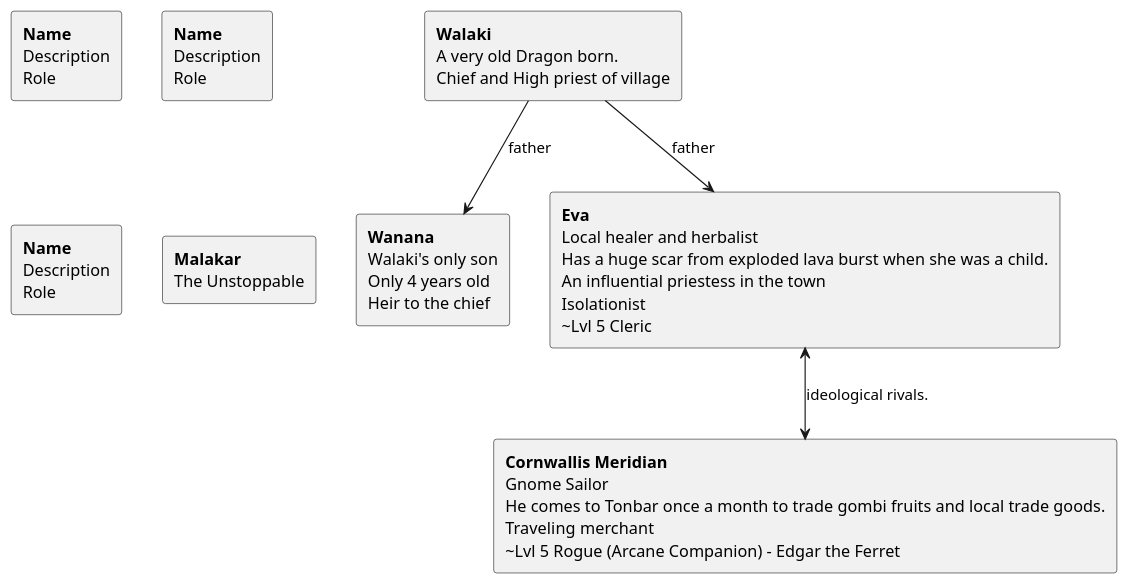
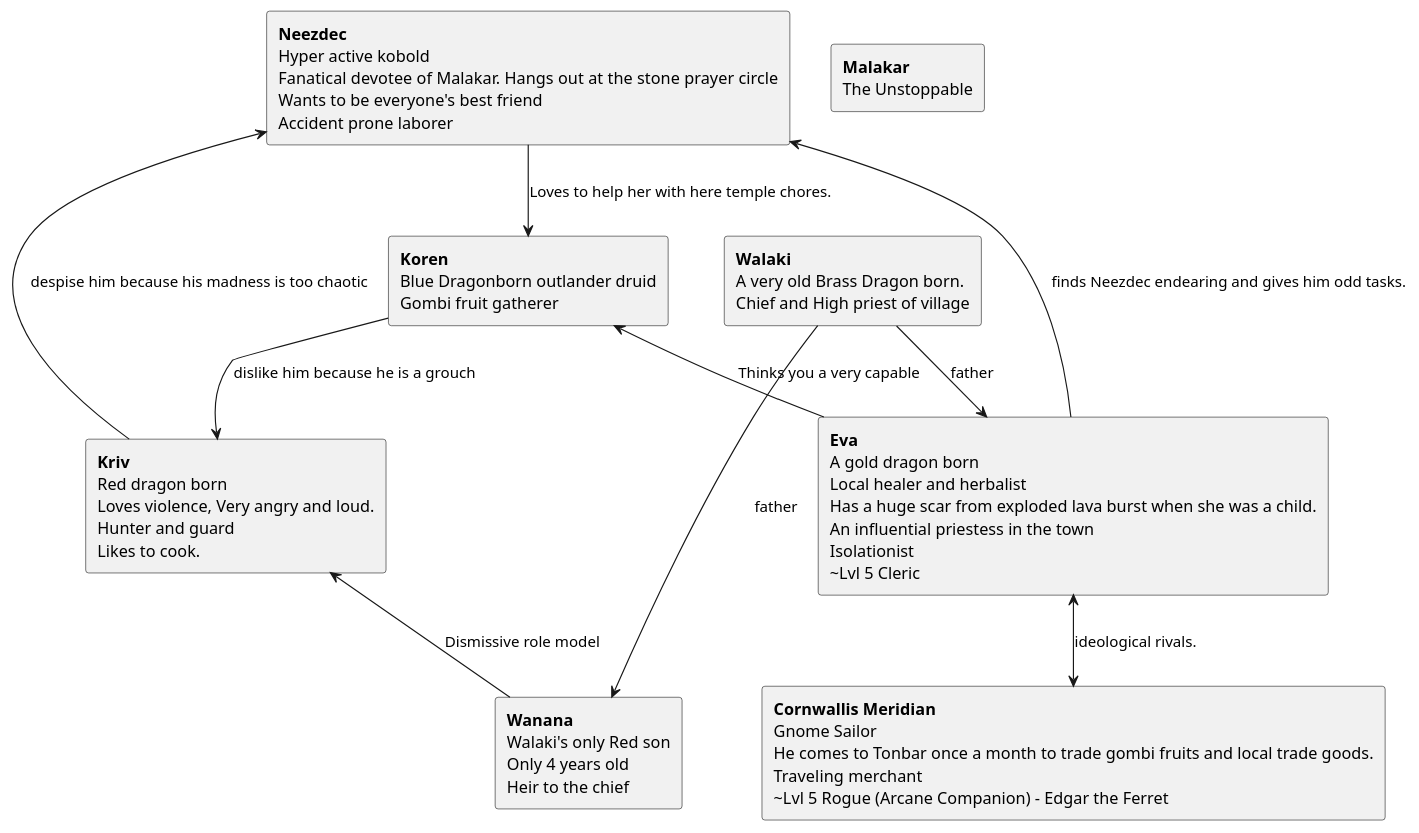
One commit to tedkotz/rpglog changed the diagram in dnd-5e-traas-2022.md. Above: the diagram before and after it, drawn with PlantUML. The commit also changed other lines of this file, not shown here.

Commit message:
FInished character linkages

````diff
--- a/dnd-5e-traas-2022.md
+++ b/dnd-5e-traas-2022.md
@@ -13,60 +13,71 @@
 ```plantuml
 rectangle aaron [
-**Name**
-Description
-Role
+**Neezdec**
+Hyper active kobold
+Fanatical devotee of Malakar. Hangs out at the stone prayer circle
+Wants to be everyone's best friend
+Accident prone laborer
 ]
 
 rectangle miriam [
-**Name**
-Description
-Role
+**Kriv**
+Red dragon born
+Loves violence, Very angry and loud.
+Hunter and guard
+Likes to cook.
 ]
 
 rectangle mady [
-**Name**
-Description
-Role
+**Koren**
+Blue Dragonborn outlander druid
+Gombi fruit gatherer
 ]
 
 rectangle chief [
 **Walaki**
-A very old Dragon born.
+A very old Brass Dragon born.
 Chief and High priest of village
 ]
 
 rectangle prince [
 **Wanana**
-Walaki's only son
+Walaki's only Red son
 Only 4 years old
 Heir to the chief
 ]
 
 rectangle trader [
 **Cornwallis Meridian**
 Gnome Sailor
 He comes to Tonbar once a month to trade gombi fruits and local trade goods.
 Traveling merchant
 ~Lvl 5 Rogue (Arcane Companion) - Edgar the Ferret
 ]
 
 rectangle priestess [
 **Eva**
+A gold dragon born
 Local healer and herbalist
 Has a huge scar from exploded lava burst when she was a child.
 An influential priestess in the town
 Isolationist
 ~Lvl 5 Cleric
 ]
 
 rectangle malakar [
 **Malakar**
 The Unstoppable
 ]
 
-
 chief --> prince : father
 chief --> priestess: father
 priestess <--> trader: ideological rivals.
+miriam --> aaron : despise him because his madness is too chaotic
+mady --> miriam : dislike him because he is a grouch
+aaron <-- priestess : finds Neezdec endearing and gives him odd tasks.
+mady <-- priestess : Thinks you a very capable
+miriam <-- prince : Dismissive role model
+aaron --> mady : Loves to help her with here temple chores.
+
 
 ```
````
